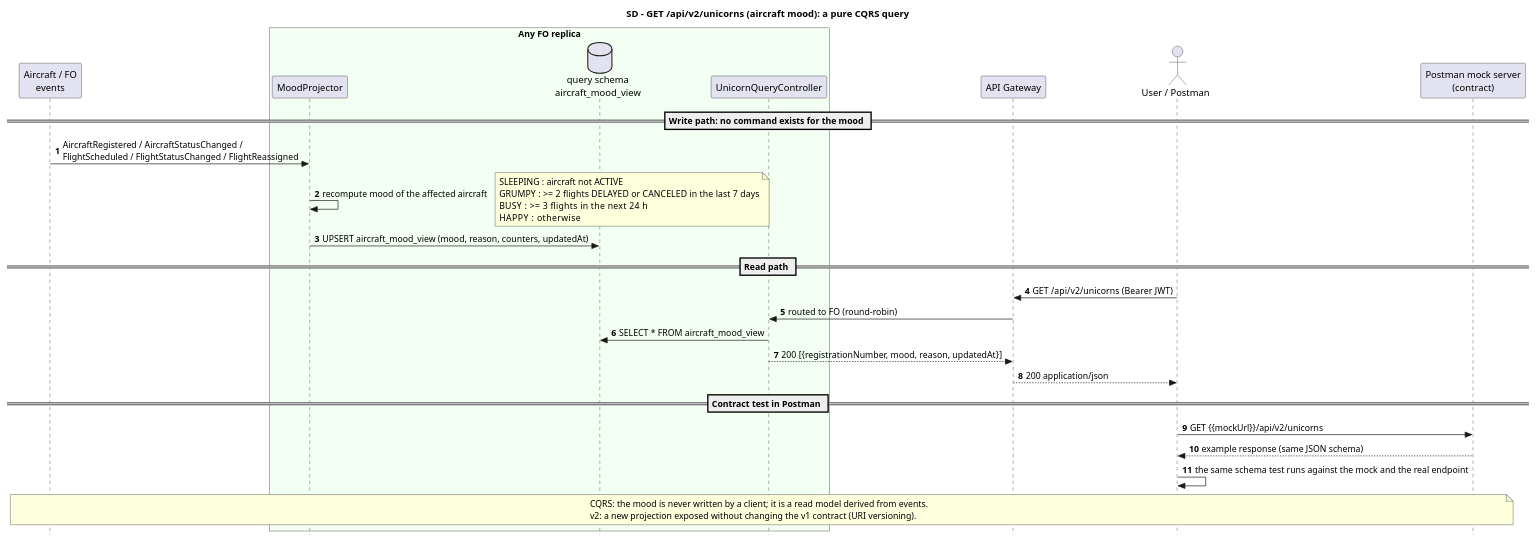
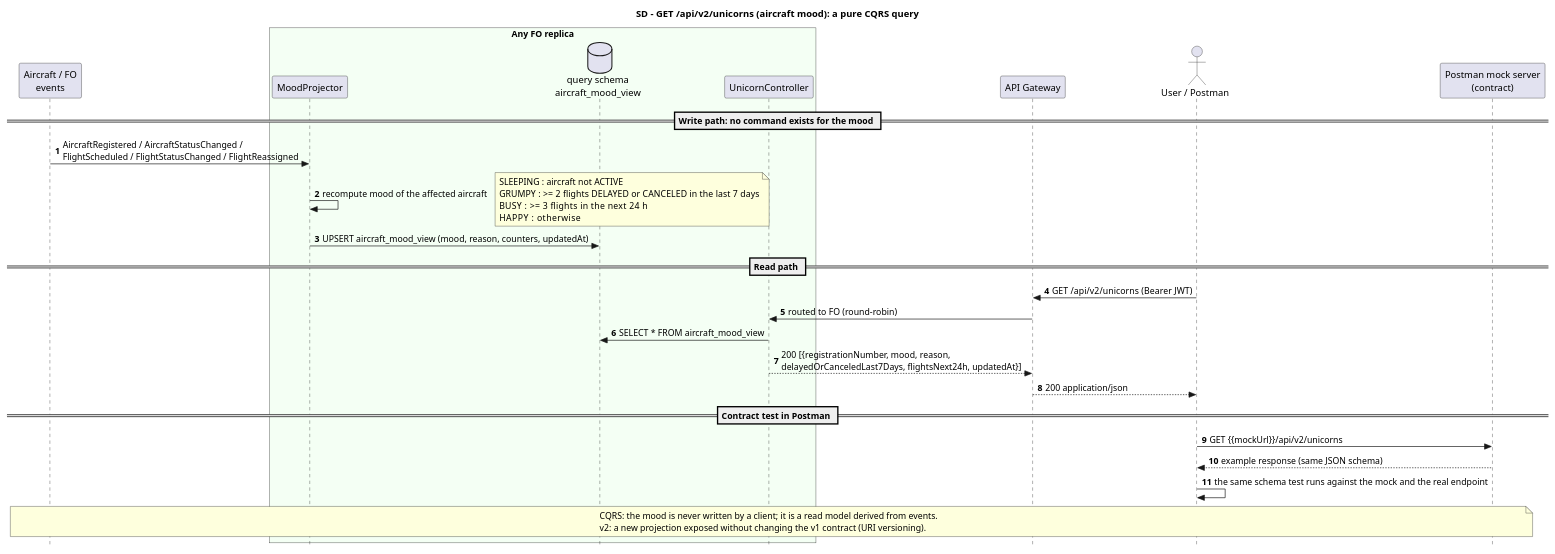
Before and after one commit to anamartasilvaa/SIDIG_AI_Safe: the diagram in Services/Flighting Operations/docs/sd-unicorns.puml, drawn with PlantUML. The commit also changed 9 other files, not shown here.

Commit message:
FO: diagramas atualizados com a versão

```diff
--- a/Services/Flighting Operations/docs/sd-unicorns.puml
+++ b/Services/Flighting Operations/docs/sd-unicorns.puml
@@ -1,43 +1,43 @@
 @startuml sd-unicorns
 skinparam style strictuml
 autonumber
 title SD - GET /api/v2/unicorns (aircraft mood): a pure CQRS query
 
 participant "Aircraft / FO\nevents" as EV
 box "Any FO replica" #F4FFF4
 participant "MoodProjector" as MP
 database "query schema\naircraft_mood_view" as DB
-participant "UnicornQueryController" as UC
+participant "UnicornController" as UC
 end box
 participant "API Gateway" as GW
 actor "User / Postman" as U
 participant "Postman mock server\n(contract)" as Mock
 
 == Write path: no command exists for the mood ==
 EV -> MP : AircraftRegistered / AircraftStatusChanged /\nFlightScheduled / FlightStatusChanged / FlightReassigned
 MP -> MP : recompute mood of the affected aircraft
 note right
   SLEEPING : aircraft not ACTIVE
   GRUMPY   : >= 2 flights DELAYED or CANCELED in the last 7 days
   BUSY     : >= 3 flights in the next 24 h
   HAPPY    : otherwise
 end note
 MP -> DB : UPSERT aircraft_mood_view (mood, reason, counters, updatedAt)
 
 == Read path ==
 U -> GW : GET /api/v2/unicorns  (Bearer JWT)
 GW -> UC : routed to FO (round-robin)
 UC -> DB : SELECT * FROM aircraft_mood_view
-UC --> GW : 200 [{registrationNumber, mood, reason, updatedAt}]
+UC --> GW : 200 [{registrationNumber, mood, reason,\ndelayedOrCanceledLast7Days, flightsNext24h, updatedAt}]
 GW --> U : 200 application/json
 
 == Contract test in Postman ==
 U -> Mock : GET {{mockUrl}}/api/v2/unicorns
 Mock --> U : example response (same JSON schema)
 U -> U : the same schema test runs against the mock and the real endpoint
 
 note over EV, Mock
   CQRS: the mood is never written by a client; it is a read model derived from events.
   v2: a new projection exposed without changing the v1 contract (URI versioning).
 end note
 @enduml
```
